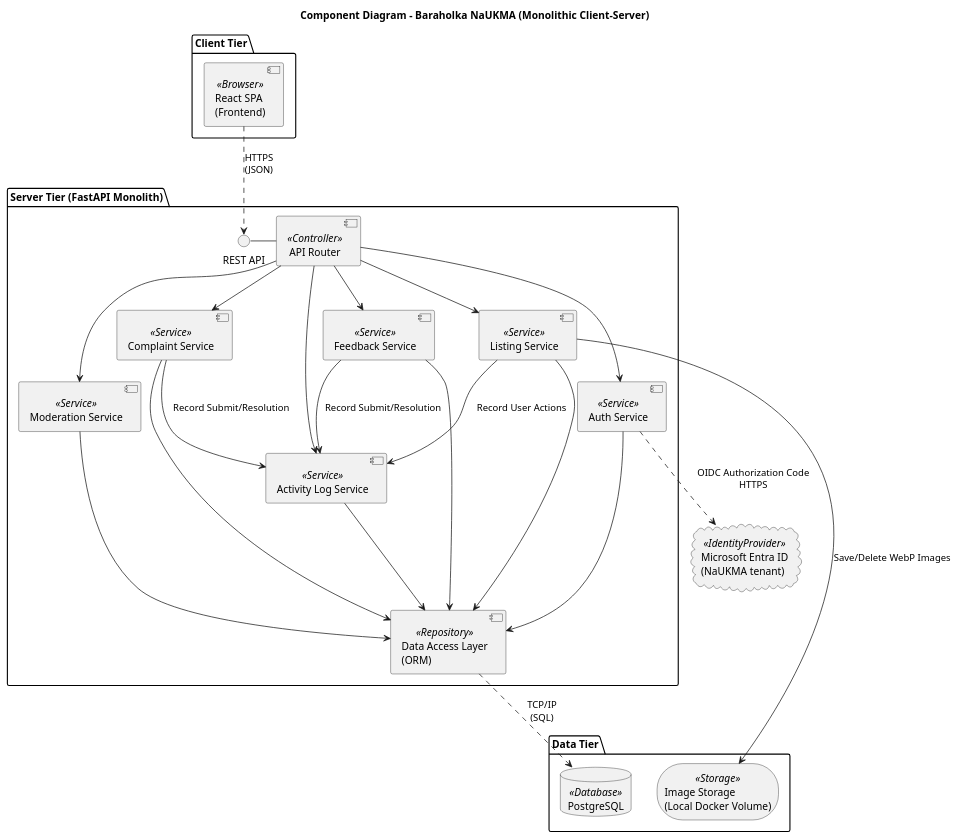
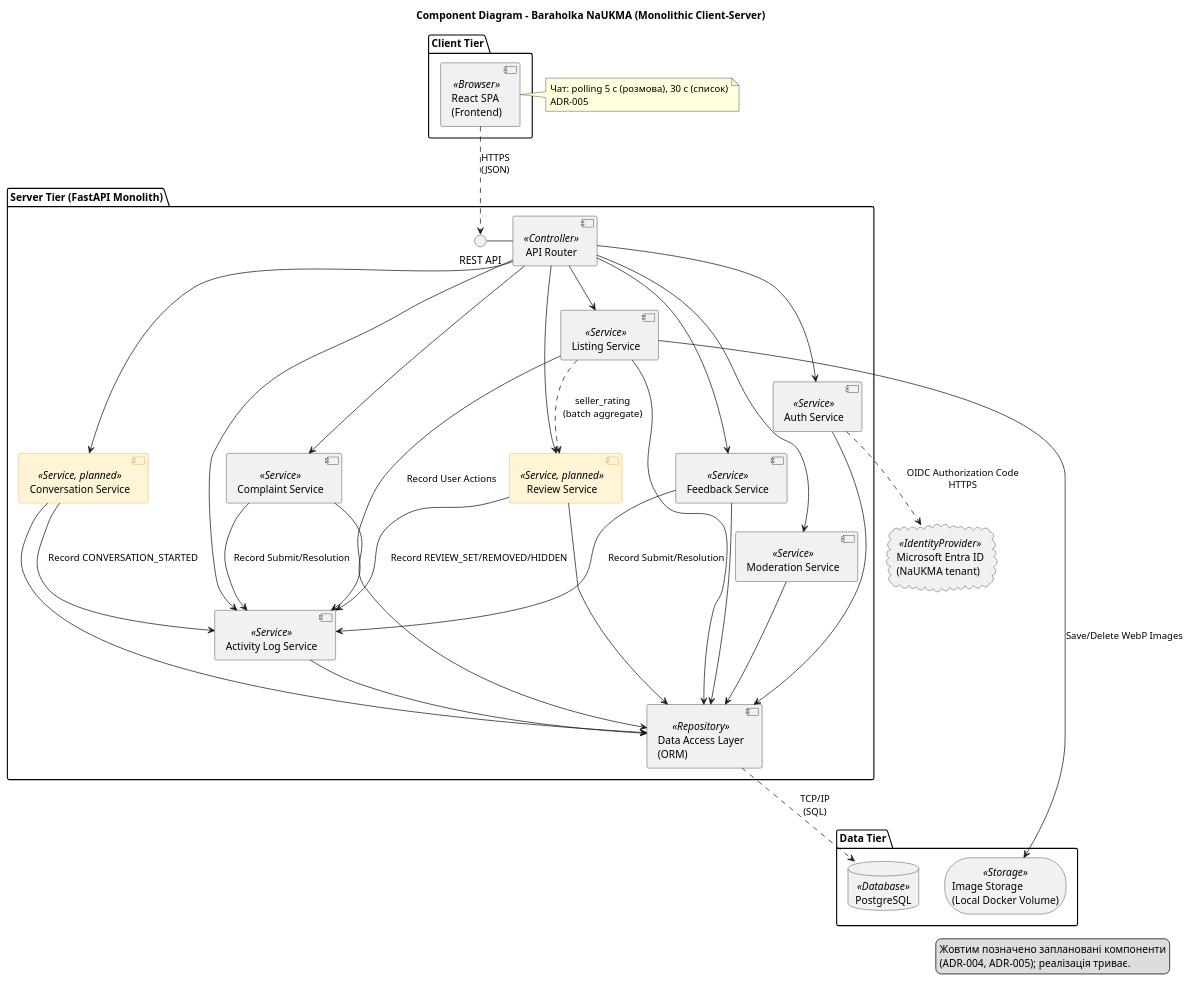
Before and after one commit to ukma-fin-ssdm-2026/Next-Gen: the diagram in docs/architecture/uml/components.puml, drawn with PlantUML. The commit also changed 7 other files, not shown here.

First line of the commit message:
Add ADR-004/005 for seller ratings and user chat

```diff
--- a/docs/architecture/uml/components.puml
+++ b/docs/architecture/uml/components.puml
@@ -1,57 +1,74 @@
 @startuml
 skinparam componentStyle uml2
+legend right
+  Жовтим позначено заплановані компоненти
+  (ADR-004, ADR-005); реалізація триває.
+endlegend
 
 title Component Diagram - Baraholka NaUKMA (Monolithic Client-Server)
 
 package "Client Tier" {
     component "React SPA\n(Frontend)" as SPA <<Browser>>
 }
 
 cloud "Microsoft Entra ID\n(NaUKMA tenant)" as Entra <<IdentityProvider>>
 
 package "Server Tier (FastAPI Monolith)" {
     interface "REST API" as RestAPI
     
     component "API Router" as Router <<Controller>>
     
     component "Auth Service" as AuthService <<Service>>
     component "Listing Service" as ListingService <<Service>>
     component "Moderation Service" as ModerationService <<Service>>
     component "Complaint Service" as ComplaintService <<Service>>
     component "Feedback Service" as FeedbackService <<Service>>
     component "Activity Log Service" as ActivityLogService <<Service>>
+    component "Review Service" as ReviewService <<Service, planned>> #FFF4D6;line:D9A441
+    component "Conversation Service" as ConversationService <<Service, planned>> #FFF4D6;line:D9A441
     
     component "Data Access Layer\n(ORM)" as DAL <<Repository>>
 }
 
 package "Data Tier" {
     database "PostgreSQL" as DB <<Database>>
     storage "Image Storage\n(Local Docker Volume)" as ImageStorage <<Storage>>
 }
 
 ' Connections
 SPA ..> RestAPI : "HTTPS\n(JSON)"
+note right of SPA
+  Чат: polling 5 с (розмова), 30 с (список)
+  ADR-005
+end note
 RestAPI - Router
 
 Router --> AuthService
 Router --> ListingService
 Router --> ModerationService
 Router --> ComplaintService
 Router --> FeedbackService
 Router --> ActivityLogService
+Router --> ReviewService
+Router --> ConversationService
 
 AuthService --> DAL
 AuthService ..> Entra : "OIDC Authorization Code\nHTTPS"
 ListingService --> DAL
 ListingService --> ImageStorage : "Save/Delete WebP Images"
 ListingService --> ActivityLogService : "Record User Actions"
 ModerationService --> DAL
 ComplaintService --> DAL
 ComplaintService --> ActivityLogService : "Record Submit/Resolution"
 FeedbackService --> DAL
 FeedbackService --> ActivityLogService : "Record Submit/Resolution"
 ActivityLogService --> DAL
+ListingService ..> ReviewService : "seller_rating\n(batch aggregate)"
+ReviewService --> DAL
+ReviewService --> ActivityLogService : "Record REVIEW_SET/REMOVED/HIDDEN"
+ConversationService --> DAL
+ConversationService --> ActivityLogService : "Record CONVERSATION_STARTED"
 
 DAL ..> DB : "TCP/IP\n(SQL)"
 
 @enduml
```
